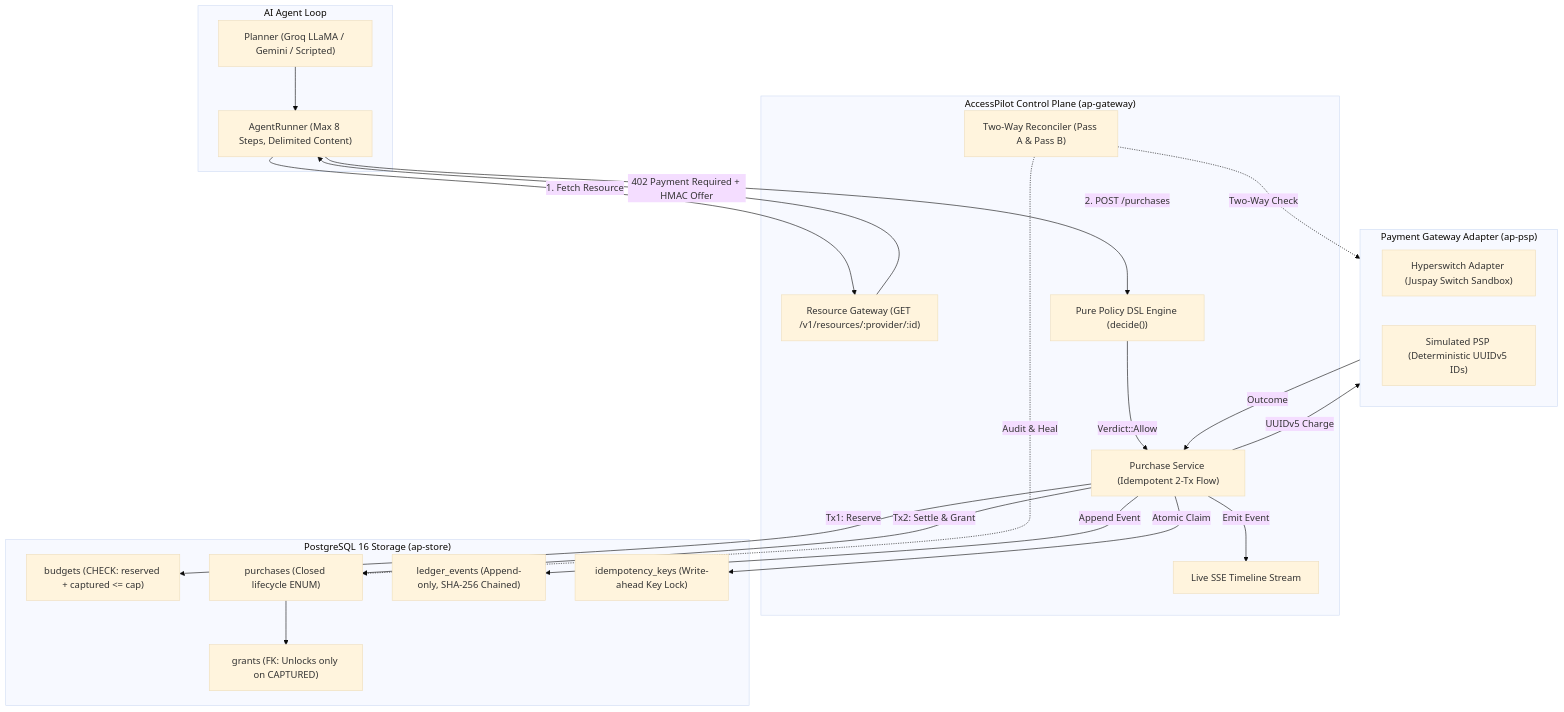
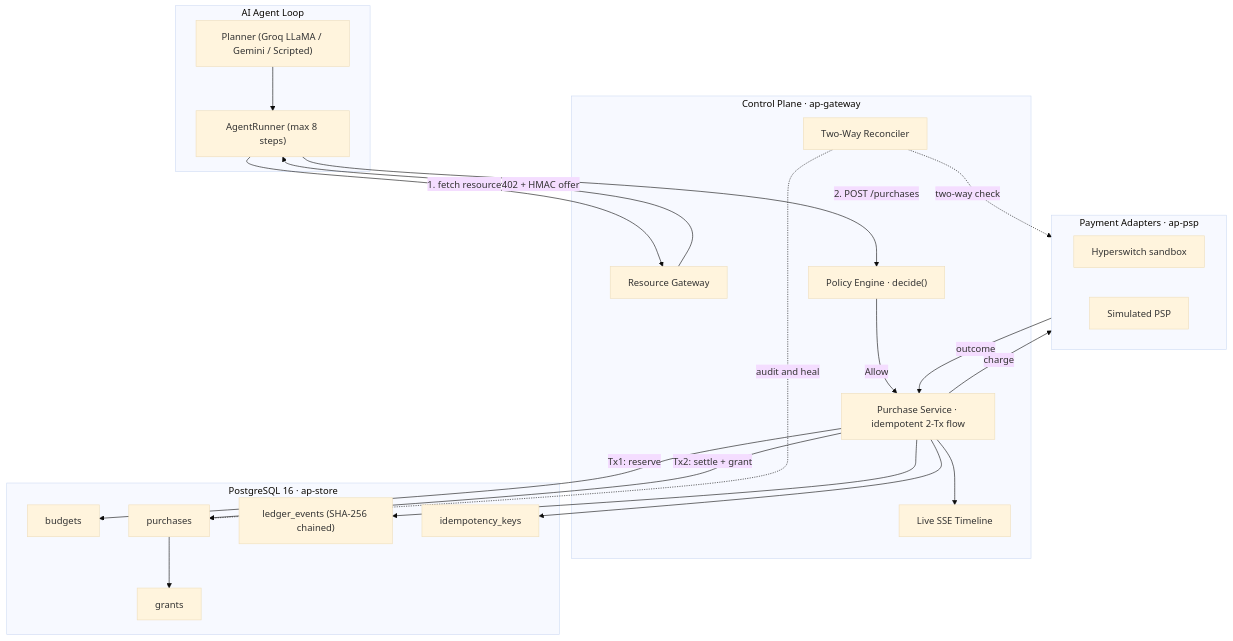
The diagram in README.md (riyaayay/AccesPilot), drawn with Mermaid (base theme) before and after one commit. The commit also changed other lines of this file, not shown here.

````diff
--- a/README.md
+++ b/README.md
@@ -13,44 +112,44 @@
 ```mermaid
 flowchart TD
-    subgraph AgentLayer["AI Agent Loop"]
+    subgraph Agent["AI Agent Loop"]
         Planner["Planner (Groq LLaMA / Gemini / Scripted)"]
-        Runner["AgentRunner (Max 8 Steps, Delimited Content)"]
+        Runner["AgentRunner (max 8 steps)"]
     end
 
-    subgraph ControlPlane["AccessPilot Control Plane (ap-gateway)"]
-        ResourceGW["Resource Gateway (GET /v1/resources/:provider/:id)"]
-        PolicyEngine["Pure Policy DSL Engine (decide())"]
-        PurchaseFlow["Purchase Service (Idempotent 2-Tx Flow)"]
-        Reconciler["Two-Way Reconciler (Pass A & Pass B)"]
-        SSE["Live SSE Timeline Stream"]
+    subgraph CP["Control Plane · ap-gateway"]
+        RGW["Resource Gateway"]
+        Policy["Policy Engine · decide()"]
+        Purchase["Purchase Service · idempotent 2-Tx flow"]
+        Recon["Two-Way Reconciler"]
+        SSE["Live SSE Timeline"]
     end
 
-    subgraph StorageLayer["PostgreSQL 16 Storage (ap-store)"]
-        Budgets["budgets (CHECK: reserved + captured <= cap)"]
-        Purchases["purchases (Closed lifecycle ENUM)"]
-        Grants["grants (FK: Unlocks only on CAPTURED)"]
-        Ledger["ledger_events (Append-only, SHA-256 Chained)"]
-        IdemKeys["idempotency_keys (Write-ahead Key Lock)"]
+    subgraph DB["PostgreSQL 16 · ap-store"]
+        Budgets["budgets"]
+        Purchases["purchases"]
+        Grants["grants"]
+        Ledger["ledger_events (SHA-256 chained)"]
+        Idem["idempotency_keys"]
     end
 
-    subgraph PSP["Payment Gateway Adapter (ap-psp)"]
-        Hyperswitch["Hyperswitch Adapter (Juspay Switch Sandbox)"]
-        Simulated["Simulated PSP (Deterministic UUIDv5 IDs)"]
+    subgraph PSP["Payment Adapters · ap-psp"]
+        HS["Hyperswitch sandbox"]
+        Sim["Simulated PSP"]
     end
 
     Planner --> Runner
-    Runner -->|1. Fetch Resource| ResourceGW
-    ResourceGW -->|402 Payment Required + HMAC Offer| Runner
-    Runner -->|2. POST /purchases| PolicyEngine
-    PolicyEngine -->|Verdict::Allow| PurchaseFlow
-    PurchaseFlow -->|Atomic Claim| IdemKeys
-    PurchaseFlow -->|Tx1: Reserve| Budgets
-    PurchaseFlow -->|UUIDv5 Charge| PSP
-    PSP -->|Outcome| PurchaseFlow
-    PurchaseFlow -->|Tx2: Settle & Grant| Purchases
+    Runner -->|1. fetch resource| RGW
+    RGW -->|402 + HMAC offer| Runner
+    Runner -->|2. POST /purchases| Policy
+    Policy -->|Allow| Purchase
+    Purchase --> Idem
+    Purchase -->|Tx1: reserve| Budgets
+    Purchase -->|charge| PSP
+    PSP -->|outcome| Purchase
+    Purchase -->|Tx2: settle + grant| Purchases
     Purchases --> Grants
-    PurchaseFlow -->|Append Event| Ledger
-    PurchaseFlow -->|Emit Event| SSE
-    Reconciler -.->|Audit & Heal| Purchases
-    Reconciler -.->|Two-Way Check| PSP
+    Purchase --> Ledger
+    Purchase --> SSE
+    Recon -.->|audit and heal| Purchases
+    Recon -.->|two-way check| PSP
 ```
````
